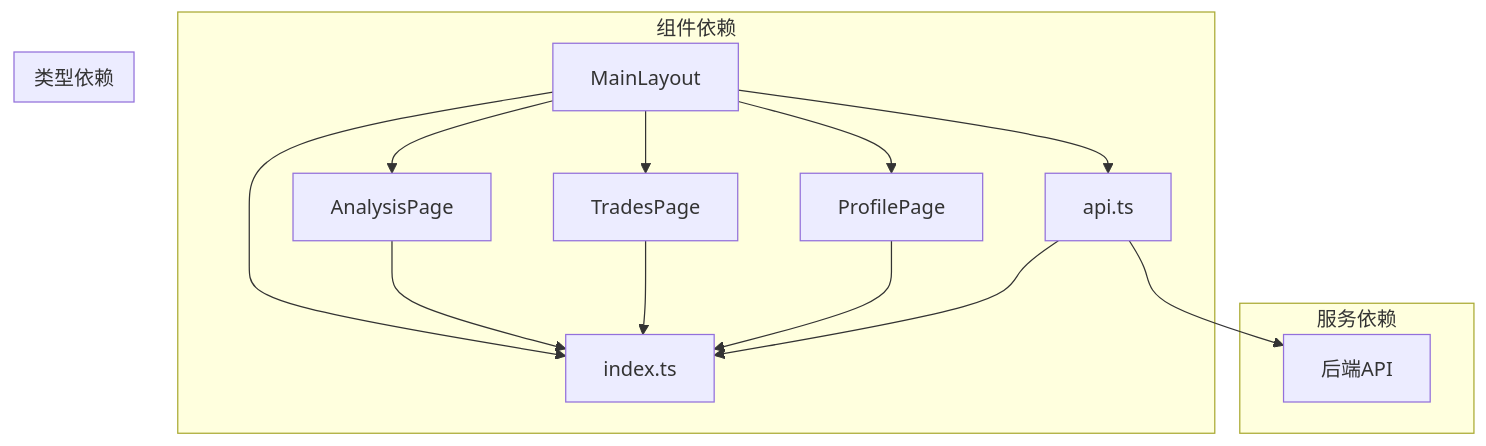
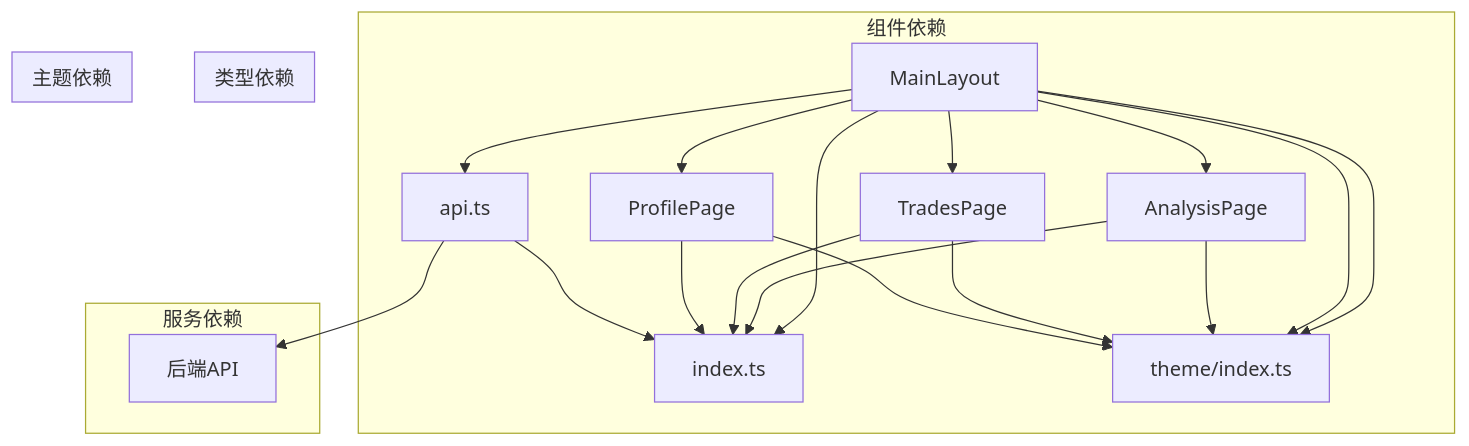
Diagram 13 of 13 in .qoder/repowiki/zh/content/前端组件/布局组件.md (Moruime/stock_foker), drawn with Mermaid before and after one commit. The commit also changed other lines of this file and 22 other files, not shown here.

````diff
--- a/.qoder/repowiki/zh/content/前端组件/布局组件.md
+++ b/.qoder/repowiki/zh/content/前端组件/布局组件.md
@@ -371,19 +492,26 @@
 ```mermaid
 graph TB
 subgraph "组件依赖"
 A[MainLayout] --> B[AnalysisPage]
 A --> C[TradesPage]
 A --> D[ProfilePage]
 A --> E[api.ts]
 A --> F[index.ts]
+A --> G[theme/index.ts]
 end
 subgraph "服务依赖"
-E --> G[后端API]
+E --> H[后端API]
 end
 subgraph "类型依赖"
 B --> F
 C --> F
 D --> F
 E --> F
 end
+subgraph "主题依赖"
+A --> G
+B --> G
+C --> G
+D --> G
+end
 ```
````
